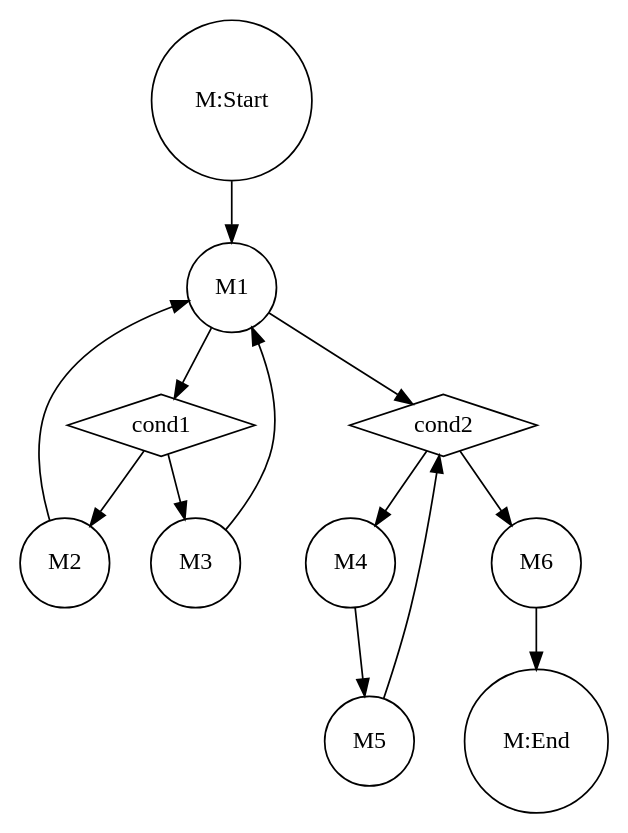
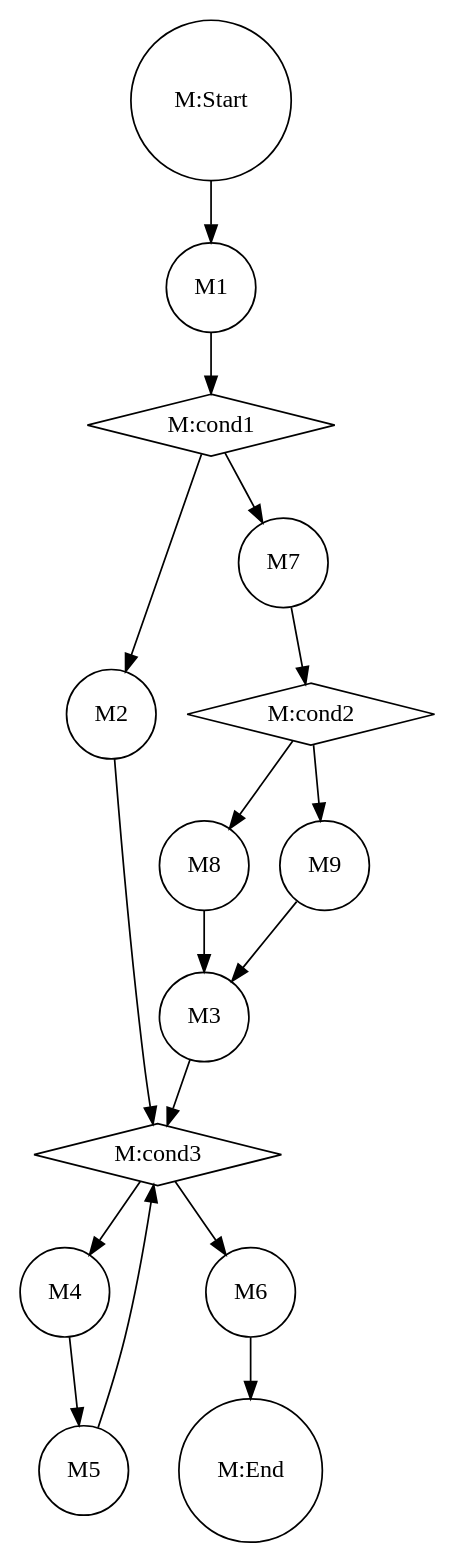
The diagram in output.dot (yonghun8343/FuncWatch), drawn with Graphviz before and after one commit. The commit also changed 4 other files, not shown here.

```diff
--- a/output.dot
+++ b/output.dot
@@ -1,24 +1,32 @@
 strict digraph {
   "M:Start" [label="M:Start",shape=circle,type=EntryPoint]
   "M:End" [label="M:End",shape=circle,type=ExitPoint]
   M1 [label=M1,shape=circle,type=FunctionCall]
-  cond1 [label=cond1,shape=diamond,type=Condition]
+  "M:cond1" [label="M:cond1",shape=diamond,type=Condition]
   M2 [label=M2,shape=circle,type=FunctionCall]
+  M7 [label=M7,shape=circle,type=FunctionCall]
+  "M:cond2" [label="M:cond2",shape=diamond,type=Condition]
+  M8 [label=M8,shape=circle,type=FunctionCall]
+  M9 [label=M9,shape=circle,type=FunctionCall]
   M3 [label=M3,shape=circle,type=FunctionCall]
-  cond2 [label=cond2,shape=diamond,type=Condition]
+  "M:cond3" [label="M:cond3",shape=diamond,type=Condition]
   M4 [label=M4,shape=circle,type=FunctionCall]
   M5 [label=M5,shape=circle,type=FunctionCall]
   M6 [label=M6,shape=circle,type=FunctionCall]
   "M:Start" -> M1 [type=control]
-  M1 -> cond1 [type=control]
-  cond1 -> M2 [type=control]
-  cond1 -> M3 [type=control]
-  M2 -> M1 [type=control]
-  M3 -> M1 [type=control]
-  M1 -> cond2 [type=control]
-  cond2 -> M4 [type=control]
+  M1 -> "M:cond1" [type=control]
+  "M:cond1" -> M2 [type=control]
+  "M:cond1" -> M7 [type=control]
+  M7 -> "M:cond2" [type=control]
+  "M:cond2" -> M8 [type=control]
+  "M:cond2" -> M9 [type=control]
+  M8 -> M3 [type=control]
+  M9 -> M3 [type=control]
+  M2 -> "M:cond3" [type=control]
+  M3 -> "M:cond3" [type=control]
+  "M:cond3" -> M4 [type=control]
   M4 -> M5 [type=control]
-  M5 -> cond2 [type=control]
-  cond2 -> M6 [type=control]
+  M5 -> "M:cond3" [type=control]
+  "M:cond3" -> M6 [type=control]
   M6 -> "M:End" [type=control]
 }
```
